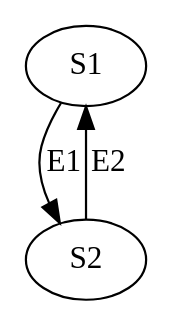
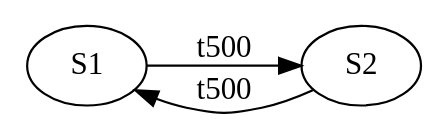
One commit to sutr90/ArduinoFSM changed the diagram in data/graph2.gv. Above: the diagram before and after it, drawn with Graphviz. The commit also changed 2 other files, not shown here.

```diff
--- a/data/graph2.gv
+++ b/data/graph2.gv
@@ -1,4 +1,5 @@
 digraph G {
-S1->S2[label=E1];
-S2->S1[label=E2];
+rankdir=LR;
+S1->S2[label=t500];
+S2->S1[label=t500];
 }
```
